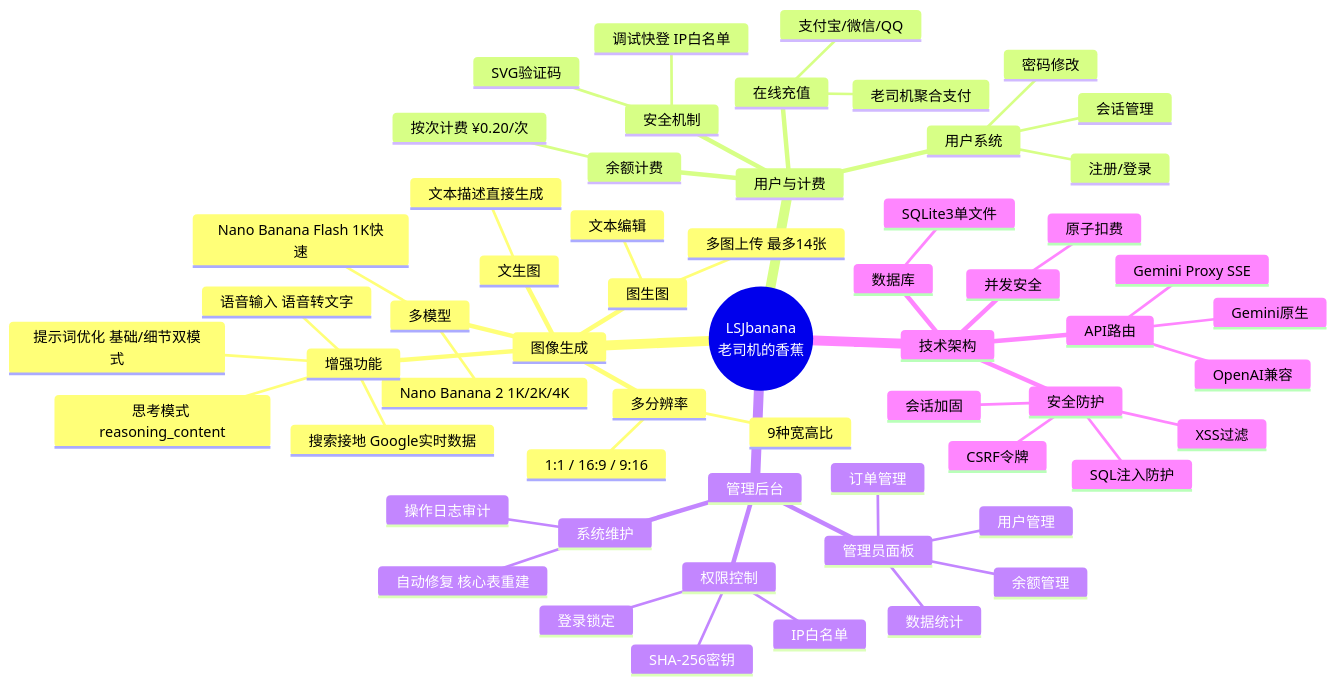
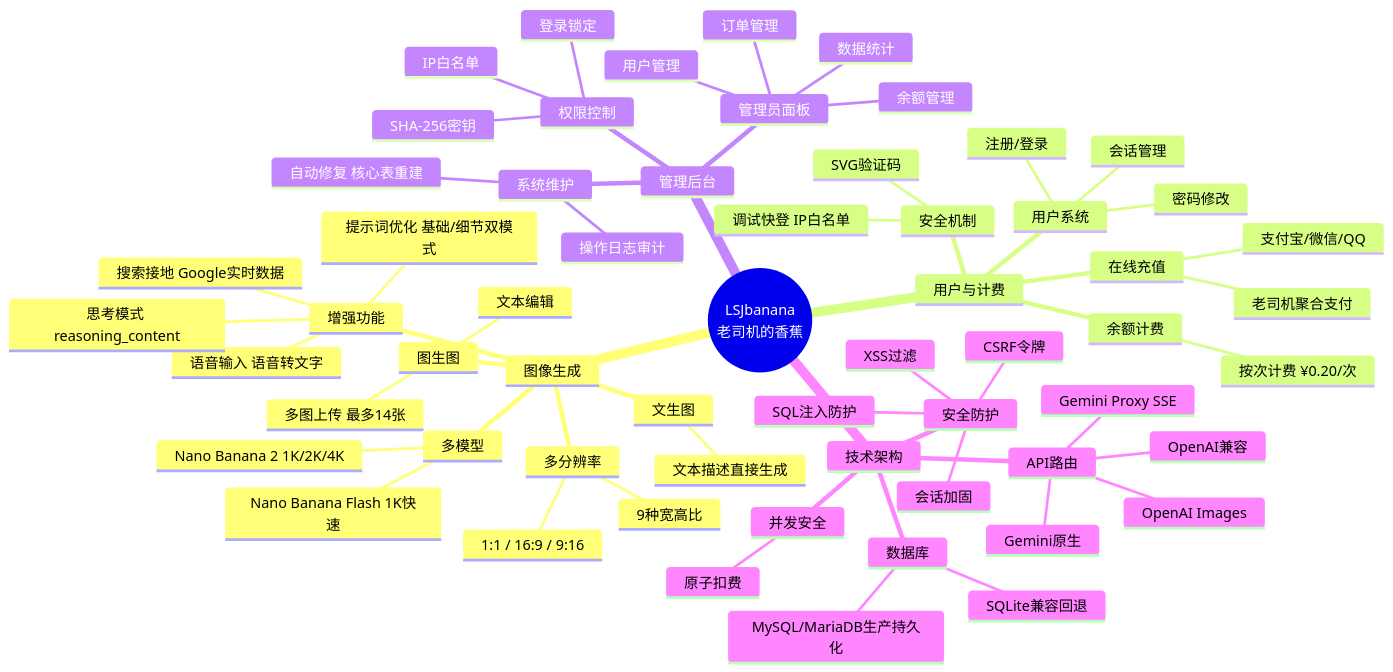
One commit to RusianHu/LSJbanana changed the diagram in README.md. Above: the diagram before and after it, drawn with Mermaid. The commit also changed other lines of this file and 16 other files, not shown here.

Commit message:
feat: add MySQL persistence and OpenAI Images deployment

````diff
--- a/README.md
+++ b/README.md
@@ -9,61 +9,63 @@
 ```mermaid
 mindmap
   root((LSJbanana<br>老司机的香蕉))
     图像生成
       文生图
         文本描述直接生成
       图生图
         多图上传 最多14张
         文本编辑
       多模型
         Nano Banana 2 1K/2K/4K
         Nano Banana Flash 1K快速
       多分辨率
         9种宽高比
         1:1 / 16:9 / 9:16
       增强功能
         搜索接地 Google实时数据
         提示词优化 基础/细节双模式
         语音输入 语音转文字
         思考模式 reasoning_content
     用户与计费
       用户系统
         注册/登录
         会话管理
         密码修改
       余额计费
         按次计费 ¥0.20/次
       在线充值
         老司机聚合支付
         支付宝/微信/QQ
       安全机制
         SVG验证码
         调试快登 IP白名单
     管理后台
       管理员面板
         用户管理
         订单管理
         余额管理
         数据统计
       权限控制
         SHA-256密钥
         IP白名单
         登录锁定
       系统维护
         操作日志审计
         自动修复 核心表重建
     技术架构
       数据库
-        SQLite3单文件
+        MySQL/MariaDB生产持久化
+        SQLite兼容回退
       API路由
         Gemini原生
         OpenAI兼容
+        OpenAI Images
         Gemini Proxy SSE
       安全防护
         CSRF令牌
         SQL注入防护
         XSS过滤
         会话加固
       并发安全
         原子扣费
 ```
````
